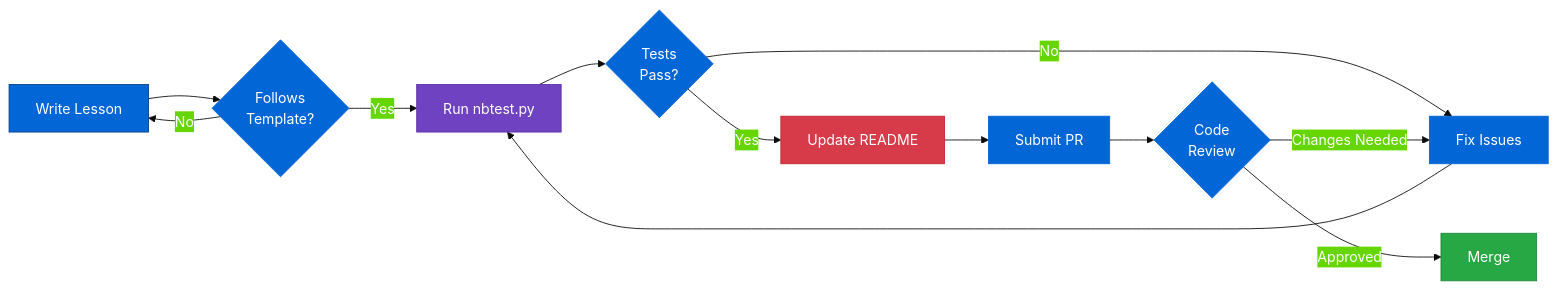
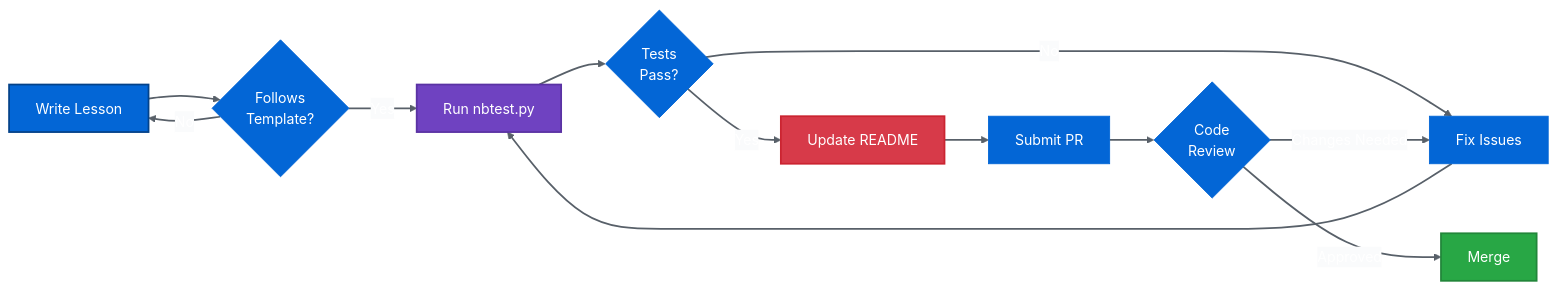
Diagram 16 of 22 in README.md (nexageapps/AI), drawn with Mermaid before and after one commit. The commit also changed other lines of this file and 1 other file, not shown here.

````diff
--- a/README.md
+++ b/README.md
@@ -631,22 +645,24 @@
 ```mermaid
-%%{init: {'theme':'base', 'themeVariables': {'primaryColor':'#0366d6','primaryTextColor':'#fff','primaryBorderColor':'#0366d6'}}}%%
+%%{init: {'theme':'base', 'themeVariables': {'primaryColor':'#0366d6','primaryTextColor':'#fff','primaryBorderColor':'#0366d6','lineColor':'#586069','defaultLinkColor':'#586069','edgeLabelBackground':'#fafbfc'}}}%%
 flowchart LR
     A[Write Lesson] --> B{Follows<br/>Template?}
     B -->|No| A
     B -->|Yes| C[Run nbtest.py]
     
     C --> D{Tests<br/>Pass?}
     D -->|No| E[Fix Issues]
     E --> C
     D -->|Yes| F[Update README]
     
     F --> G[Submit PR]
     G --> H{Code<br/>Review}
     H -->|Changes Needed| E
     H -->|Approved| I[Merge]
     
-    style A fill:#0366d6,stroke:#044289,color:#fff
-    style C fill:#6f42c1,stroke:#5a32a3,color:#fff
-    style F fill:#d73a49,stroke:#cb2431,color:#fff
-    style I fill:#28a745,stroke:#22863a,color:#fff
+    linkStyle default stroke:#586069,stroke-width:2px
+    
+    style A fill:#0366d6,stroke:#044289,stroke-width:2px,color:#fff
+    style C fill:#6f42c1,stroke:#5a32a3,stroke-width:2px,color:#fff
+    style F fill:#d73a49,stroke:#cb2431,stroke-width:2px,color:#fff
+    style I fill:#28a745,stroke:#22863a,stroke-width:2px,color:#fff
 ```
````
